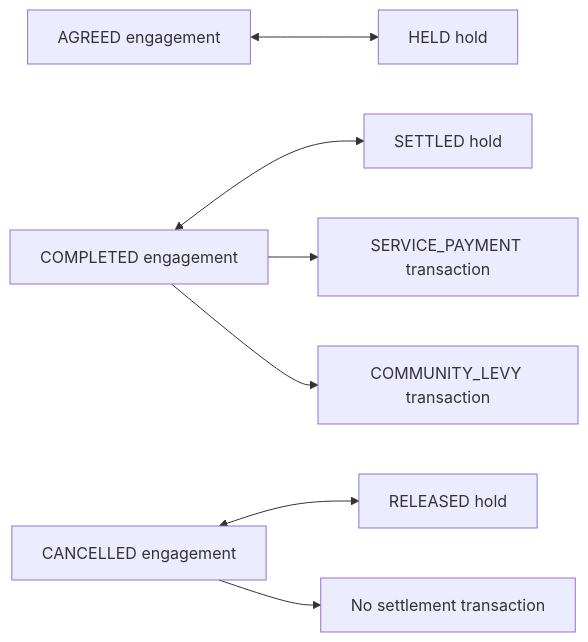
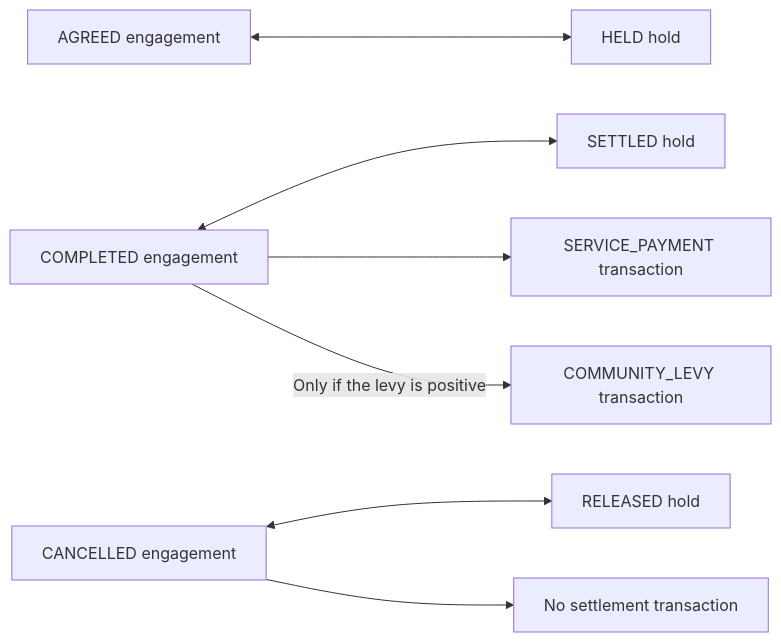
The sixth of 6 diagrams in docs/design/StateDiagrams.md (MoazMR/COMP41670-Excursions), drawn with Mermaid before and after one commit. The commit also changed 6 other files, not shown here.

````diff
--- a/docs/design/StateDiagrams.md
+++ b/docs/design/StateDiagrams.md
@@ -71,10 +71,10 @@
 ```mermaid
 flowchart LR
     A[AGREED engagement] <--> H[HELD hold]
     C[COMPLETED engagement] <--> S[SETTLED hold]
     X[CANCELLED engagement] <--> R[RELEASED hold]
 
     C --> T1[SERVICE_PAYMENT transaction]
-    C --> T2[COMMUNITY_LEVY transaction]
+    C -->|Only if the levy is positive| T2[COMMUNITY_LEVY transaction]
     X --> N[No settlement transaction]
 ```
````
